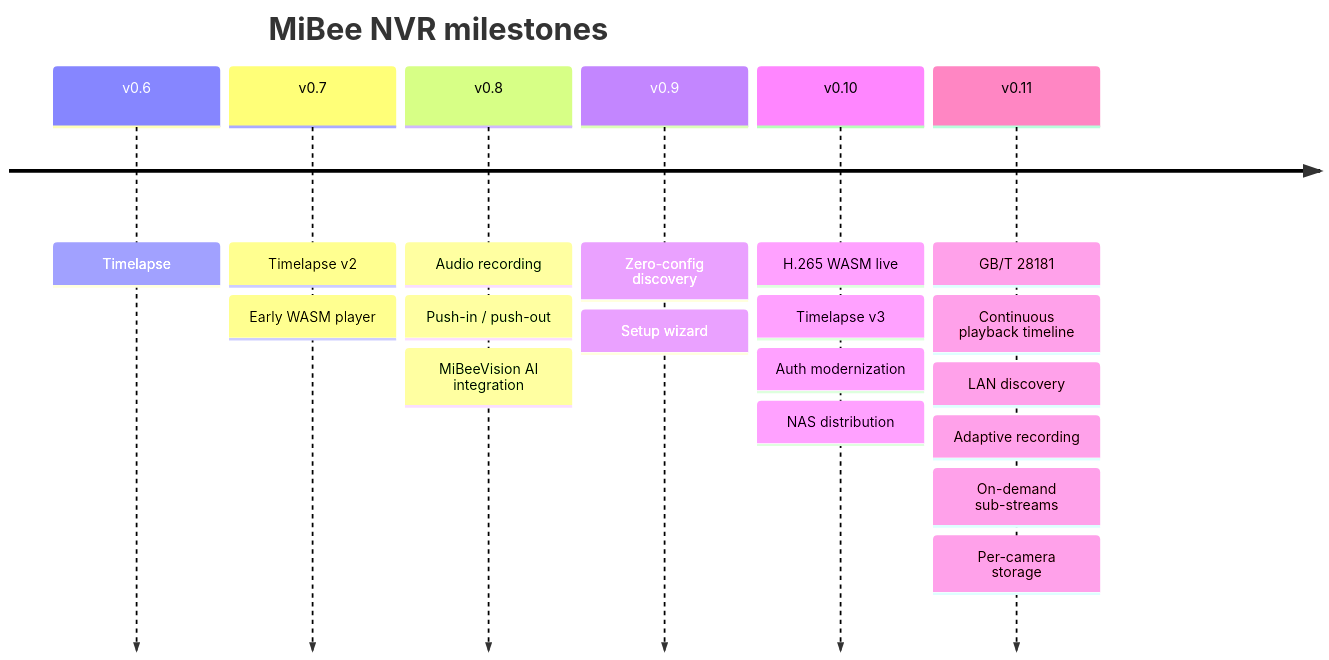
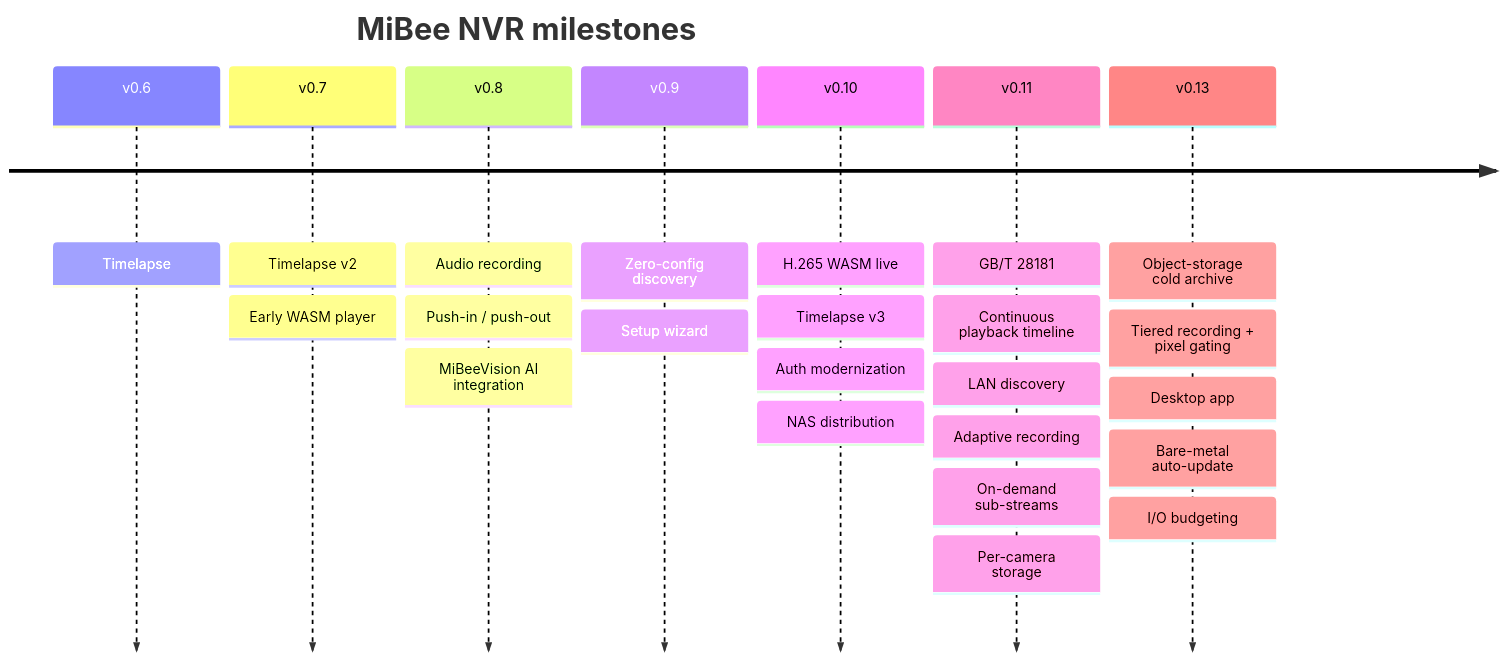
Before and after one commit to Mi-Bee-Studio/mibee-docs: the diagram in mibeenvr/en-US/features.md, drawn with Mermaid. The commit also changed other lines of this file and 68 other files, not shown here.

````diff
--- a/mibeenvr/en-US/features.md
+++ b/mibeenvr/en-US/features.md
@@ -120,10 +130,11 @@
 ```mermaid
 timeline
     title MiBee NVR milestones
     v0.6 : Timelapse
     v0.7 : Timelapse v2 : Early WASM player
     v0.8 : Audio recording : Push-in / push-out : MiBeeVision AI integration
     v0.9 : Zero-config discovery : Setup wizard
     v0.10 : H.265 WASM live : Timelapse v3 : Auth modernization : NAS distribution
     v0.11 : GB/T 28181 : Continuous playback timeline : LAN discovery : Adaptive recording : On-demand sub-streams : Per-camera storage
+    v0.13 : Object-storage cold archive : Tiered recording + pixel gating : Desktop app : Bare-metal auto-update : I/O budgeting
 ```
````
